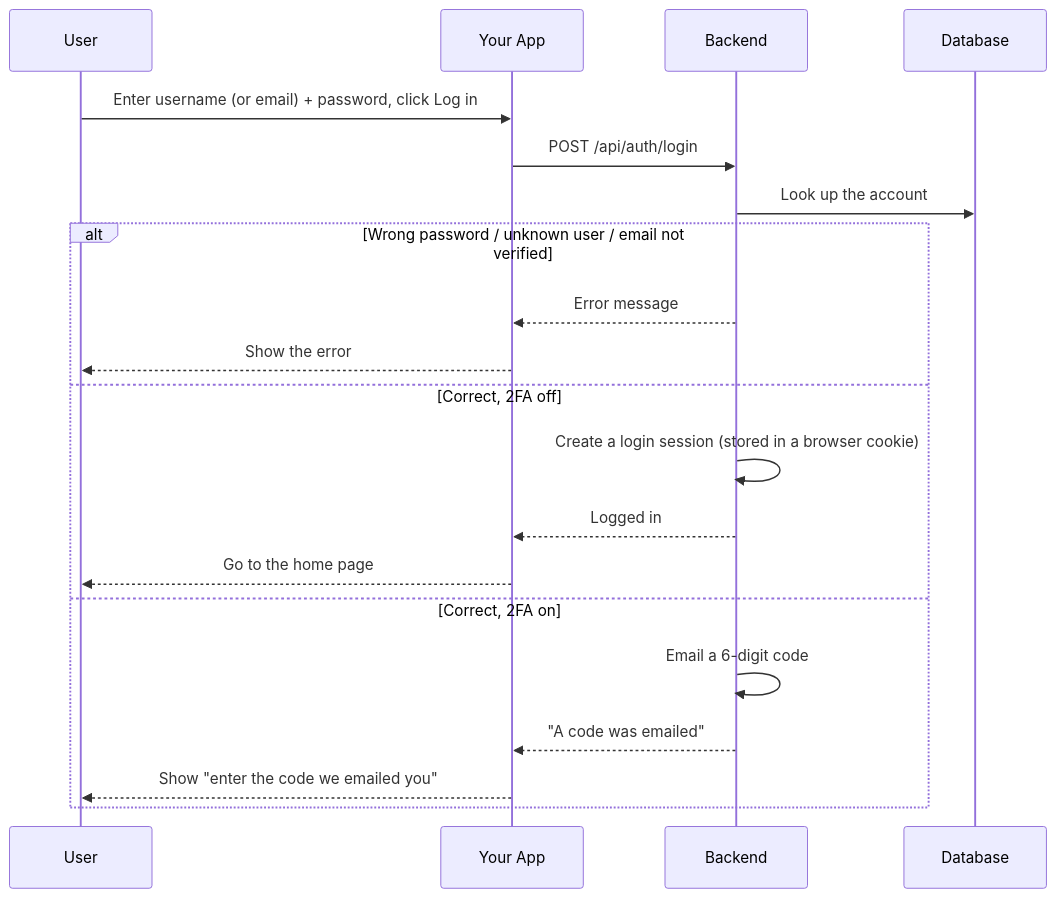
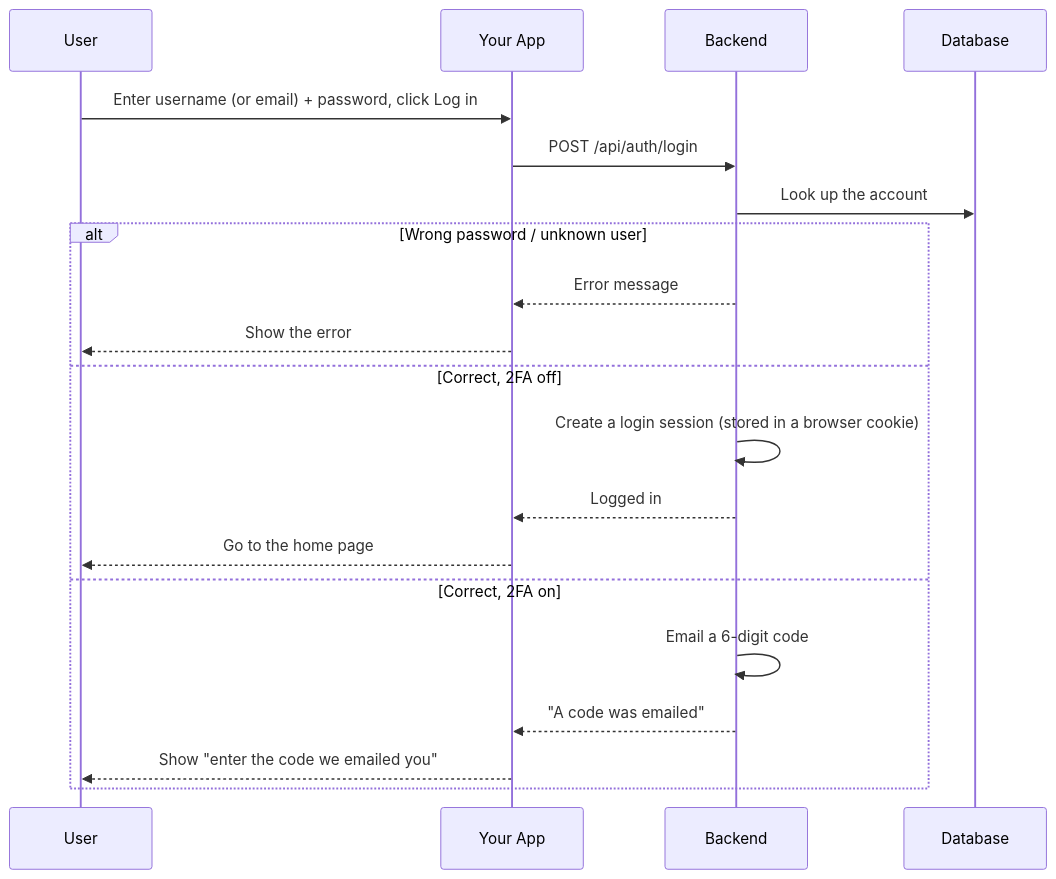
One commit to J00ZzZ/ft_transcendence changed the second of 8 diagrams in docs/backend/backend-auth-module.md. Above: the diagram before and after it, drawn with Mermaid. The commit also changed other lines of this file and 31 other files, not shown here.

Commit message:
Docs: Checked all docs for correctness/matching to current state of code and updated where necesssary. Improved the readability and simplified explanations where possible. BUG: Found issue where emailVerified is not checked. To be fixed in next commit.

````diff
--- a/docs/backend/backend-auth-module.md
+++ b/docs/backend/backend-auth-module.md
@@ -223,23 +225,23 @@
 ```mermaid
 sequenceDiagram
     participant User
     participant Site as Your App
     participant Server as Backend
     participant DB as Database
 
     User->>Site: Enter username (or email) + password, click Log in
     Site->>Server: POST /api/auth/login
     Server->>DB: Look up the account
-    alt Wrong password / unknown user / email not verified
+    alt Wrong password / unknown user
         Server-->>Site: Error message
         Site-->>User: Show the error
     else Correct, 2FA off
         Server->>Server: Create a login session (stored in a browser cookie)
         Server-->>Site: Logged in
         Site-->>User: Go to the home page
     else Correct, 2FA on
         Server->>Server: Email a 6-digit code
         Server-->>Site: "A code was emailed"
         Site-->>User: Show "enter the code we emailed you"
     end
 ```
````
